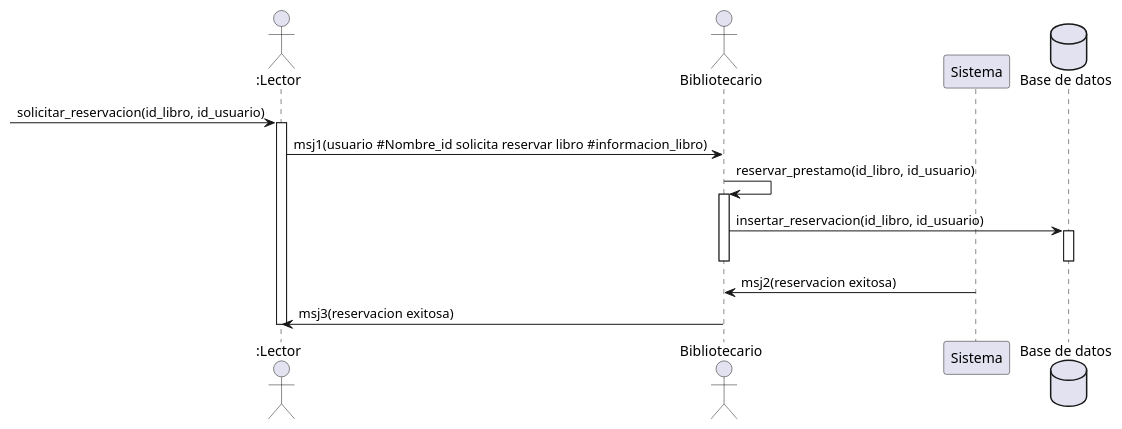
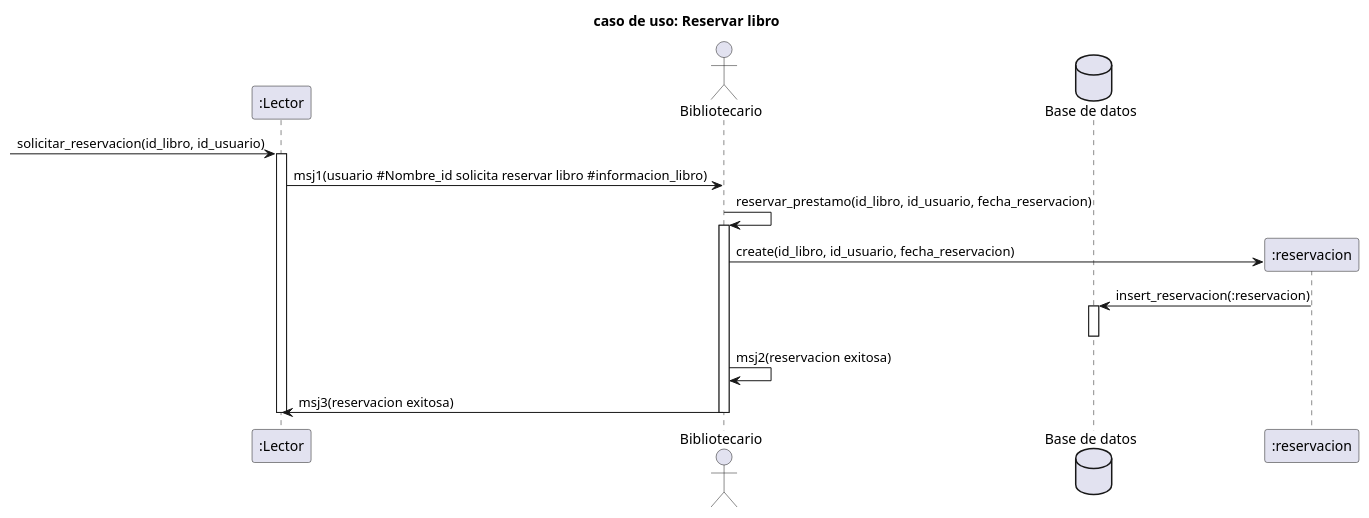
One commit to RubenE107/diagramas-de-dise-o-uml changed the diagram in Interacion3/ReservarLibro.puml. Above: the diagram before and after it, drawn with PlantUML. The commit also changed 1 other file, not shown here.

Commit message:
reservar prestamo

```diff
--- a/Interacion3/ReservarLibro.puml
+++ b/Interacion3/ReservarLibro.puml
@@ -1,56 +1,57 @@
 @startuml
-actor ":Lector" as L
+title caso de uso: Reservar libro
+participant ":Lector" as L
 actor "Bibliotecario" as b 
-participant "Sistema" as s
+
 database "Base de datos" as db
 
 ->L:solicitar_reservacion(id_libro, id_usuario)
 activate L
 L->b:msj1(usuario #Nombre_id solicita reservar libro #informacion_libro)
-b->b:reservar_prestamo(id_libro, id_usuario)
+b->b:reservar_prestamo(id_libro, id_usuario, fecha_reservacion)
 activate b
-
-b->db:insertar_reservacion(id_libro, id_usuario)
+create ":reservacion" as l
+b->l:create(id_libro, id_usuario, fecha_reservacion)
+l->db:insert_reservacion(:reservacion)
 activate db
 deactivate db
-deactivate b
-s->b:msj2(reservacion exitosa)
+
+b->b:msj2(reservacion exitosa)
 b->L:msj3(reservacion exitosa)
 
-
+deactivate b
 
 
 
 deactivate L
 
 ' u -> s:iniciarSesion(correo,contraseña)
 ' activate s
 ' u -> s:verUsuario(idUsuario)
 ' activate s
 ' deactivate
 ' note right of s:verifica que el usuario exista y que no tenga prestamos sanciones
 
 ' u -> s:presiona el boton de nuevo prestamo
 ' s->s:reservarPrestamo(idLibro,idUsuario)
 ' activate s
 ' s->s:abrir ventana con un formulario para llenar los datos del libro
 ' u->s:llena los datos del libro
 ' s->s:abre ventana con los datos del libro y botones de confirmar, cancelar
 ' group confirmar
 ' u->s:presiona el boton de confirmar
 ' s->db:inserta los datos del prestamo
 ' activate db
 ' deactivate  db
 ' s->u:abre ventana con mensaje de prestamo exitoso
 
 ' else cancelar
 ' u->s:presiona el boton de cancelar
 ' s->s:cancela la operacion
 ' s->u:abre ventana con mensaje de prestamo cancelado
 ' s->s:cierra la ventana
 ' end
 ' deactivate  s
 
 
-deactivate s
 @enduml
```
